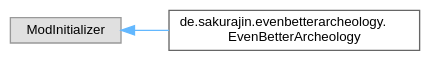
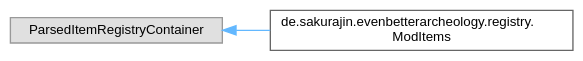
Before and after one commit to noah1510/EvenBetterArcheology: the diagram in inherit_graph_32.dot, drawn with Graphviz. The commit also changed 126 other files, not shown here.

Commit message:
Deploying to gh-pages from @ noah1510/EvenBetterArcheology@aebc02c70084bb93932573e15eaed6bbbd5c1cdd 🚀

```diff
--- a/inherit_graph_32.dot
+++ b/inherit_graph_32.dot
@@ -1,11 +1,11 @@
 digraph "Graphical Class Hierarchy"
 {
  // LATEX_PDF_SIZE
   bgcolor="transparent";
   edge [fontname=Helvetica,fontsize=10,labelfontname=Helvetica,labelfontsize=10];
   node [fontname=Helvetica,fontsize=10,shape=box,height=0.2,width=0.4];
   rankdir="LR";
-  Node0 [label="ModInitializer",height=0.2,width=0.4,color="grey60", fillcolor="#E0E0E0", style="filled",tooltip=" "];
+  Node0 [label="ParsedItemRegistryContainer",height=0.2,width=0.4,color="grey60", fillcolor="#E0E0E0", style="filled",tooltip=" "];
   Node0 -> Node1 [dir="back",color="steelblue1",style="solid"];
-  Node1 [label="de.sakurajin.evenbetterarcheology.\lEvenBetterArcheology",height=0.2,width=0.4,color="grey40", fillcolor="white", style="filled",URL="$classde_1_1sakurajin_1_1evenbetterarcheology_1_1EvenBetterArcheology.html",tooltip=" "];
+  Node1 [label="de.sakurajin.evenbetterarcheology.registry.\lModItems",height=0.2,width=0.4,color="grey40", fillcolor="white", style="filled",URL="$classde_1_1sakurajin_1_1evenbetterarcheology_1_1registry_1_1ModItems.html",tooltip=" "];
 }
```
